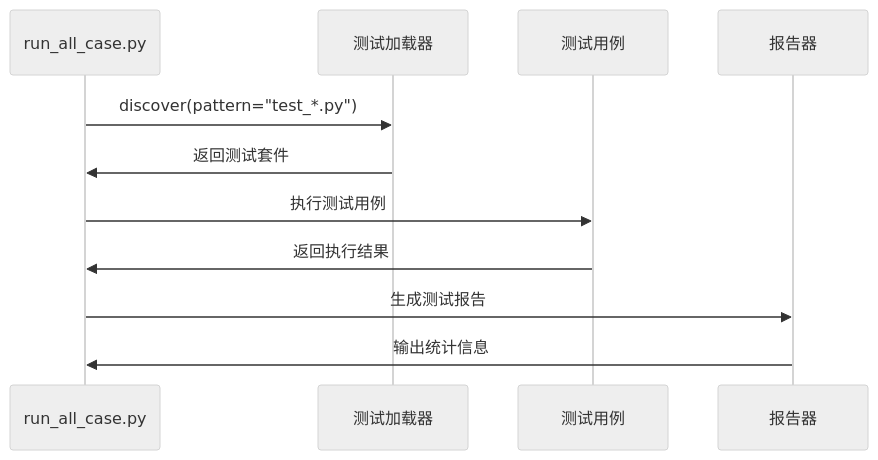
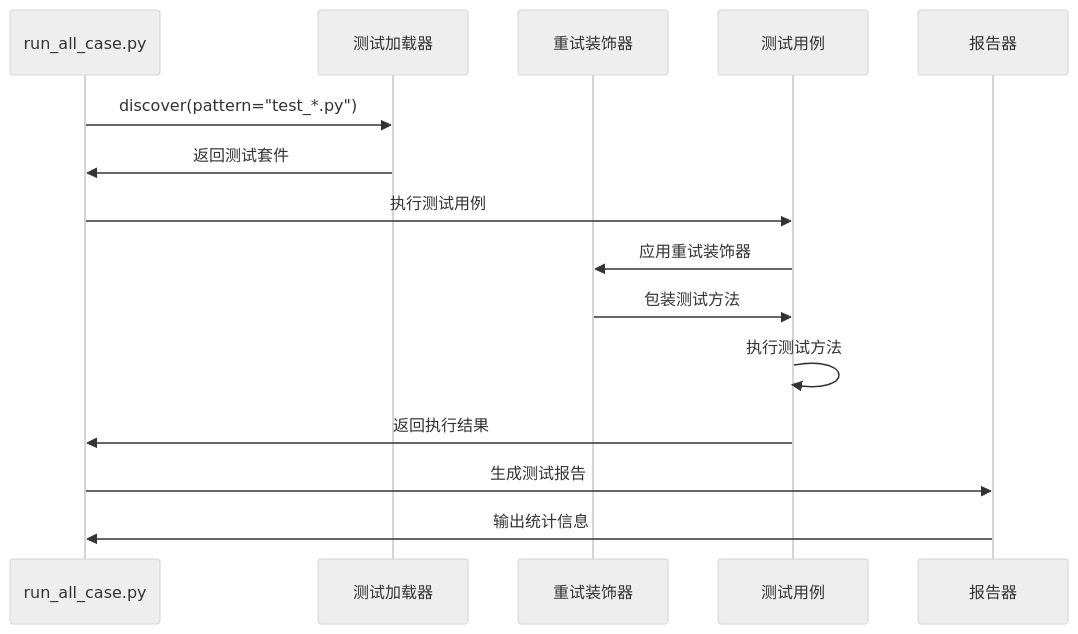
The eighth of 8 diagrams in .qoder/repowiki/zh/content/支付测试用例/私聊付费测试.md (liximing1-ola/qa-payTest), drawn with Mermaid (neutral theme) before and after one commit. The commit also changed other lines of this file and 103 other files, not shown here.

````diff
--- a/.qoder/repowiki/zh/content/支付测试用例/私聊付费测试.md
+++ b/.qoder/repowiki/zh/content/支付测试用例/私聊付费测试.md
@@ -319,13 +365,17 @@
 ```mermaid
 sequenceDiagram
 participant Runner as run_all_case.py
 participant Loader as 测试加载器
+participant Retry as 重试装饰器
 participant Test as 测试用例
 participant Reporter as 报告器
 Runner->>Loader : discover(pattern="test_*.py")
 Loader->>Runner : 返回测试套件
 Runner->>Test : 执行测试用例
+Test->>Retry : 应用重试装饰器
+Retry->>Test : 包装测试方法
+Test->>Test : 执行测试方法
 Test->>Runner : 返回执行结果
 Runner->>Reporter : 生成测试报告
 Reporter->>Runner : 输出统计信息
 ```
````
